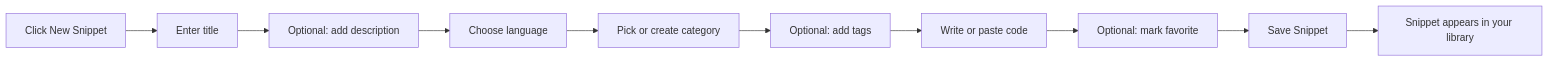
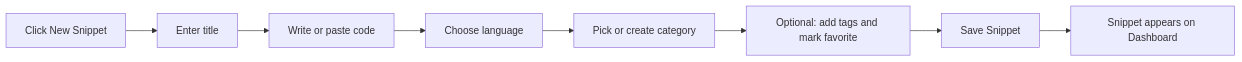
Before and after one commit to Mohita111/API2: the second of 2 diagrams in dromeas/docs/api2-documentation/plan_2026-10-29_a4fa76/user-facing-docs/snippet-management.md, drawn with Mermaid. The commit also changed other lines of this file and 11 other files, not shown here.

````diff
--- a/dromeas/docs/api2-documentation/plan_2026-10-29_a4fa76/user-facing-docs/snippet-management.md
+++ b/dromeas/docs/api2-documentation/plan_2026-10-29_a4fa76/user-facing-docs/snippet-management.md
@@ -54,12 +54,10 @@
 ```mermaid
 graph LR
     A[Click New Snippet] --> B[Enter title]
-    B --> C["Optional: add description"]
+    B --> C[Write or paste code]
     C --> D[Choose language]
     D --> E[Pick or create category]
-    E --> F["Optional: add tags"]
-    F --> G[Write or paste code]
-    G --> H["Optional: mark favorite"]
-    H --> I[Save Snippet]
-    I --> J[Snippet appears in your library]
+    E --> F["Optional: add tags and mark favorite"]
+    F --> G[Save Snippet]
+    G --> H[Snippet appears on Dashboard]
 ```
````
